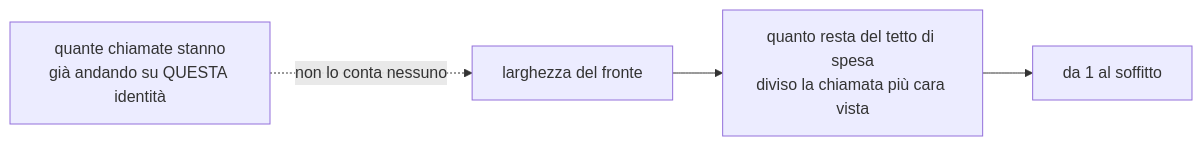
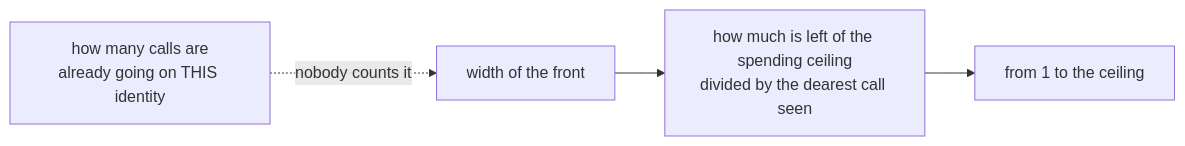
The sixth of 6 diagrams in docs/how-credentials-reach-the-engines.md (SIRTHEO/sailor), drawn with Mermaid before and after one commit. The commit also changed other lines of this file, not shown here.

First line of the commit message:
docs(credentials): how credentials reach the engines, readable by whoever runs them

````diff
--- a/docs/how-credentials-reach-the-engines.md
+++ b/docs/how-credentials-reach-the-engines.md
@@ -162,6 +163,6 @@
 ```mermaid
 flowchart LR
-    W["larghezza del fronte"] --> M["quanto resta del tetto di spesa<br/>diviso la chiamata più cara vista"]
-    M --> N["da 1 al soffitto"]
-    I["quante chiamate stanno<br/>già andando su QUESTA identità"] -.->|"non lo conta nessuno"| W
+    W["width of the front"] --> M["how much is left of the spending ceiling<br/>divided by the dearest call seen"]
+    M --> N["from 1 to the ceiling"]
+    I["how many calls are<br/>already going on THIS identity"] -.->|"nobody counts it"| W
 ```
````
